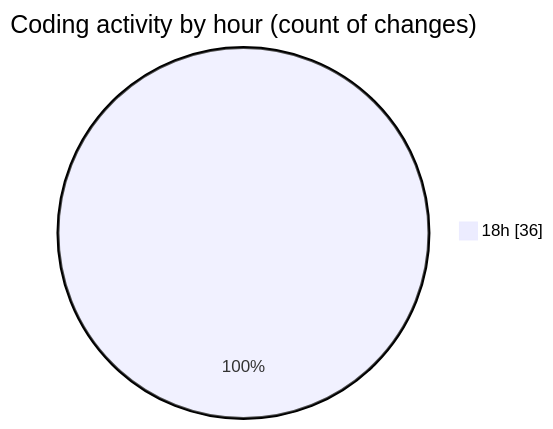
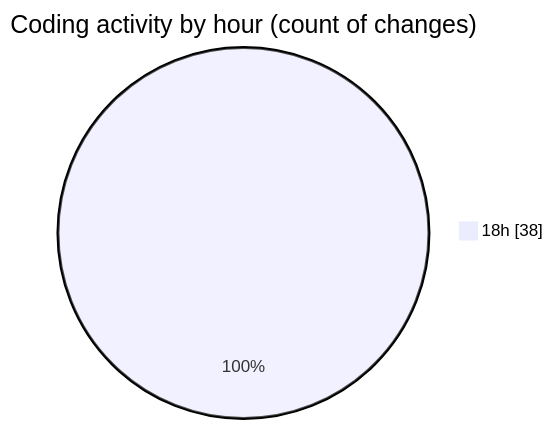
The second of 2 diagrams in 2025-01-17/mbc-web/README.md (robertbonfada/code-tracking), drawn with Mermaid before and after one commit. The commit also changed other lines of this file and 1 other file, not shown here.

````diff
--- a/2025-01-17/mbc-web/README.md
+++ b/2025-01-17/mbc-web/README.md
@@ -42,5 +43,5 @@
 ```mermaid
 pie showData
 title Coding activity by hour (count of changes)
-"18h" : 36
+"18h" : 38
 ```
````
